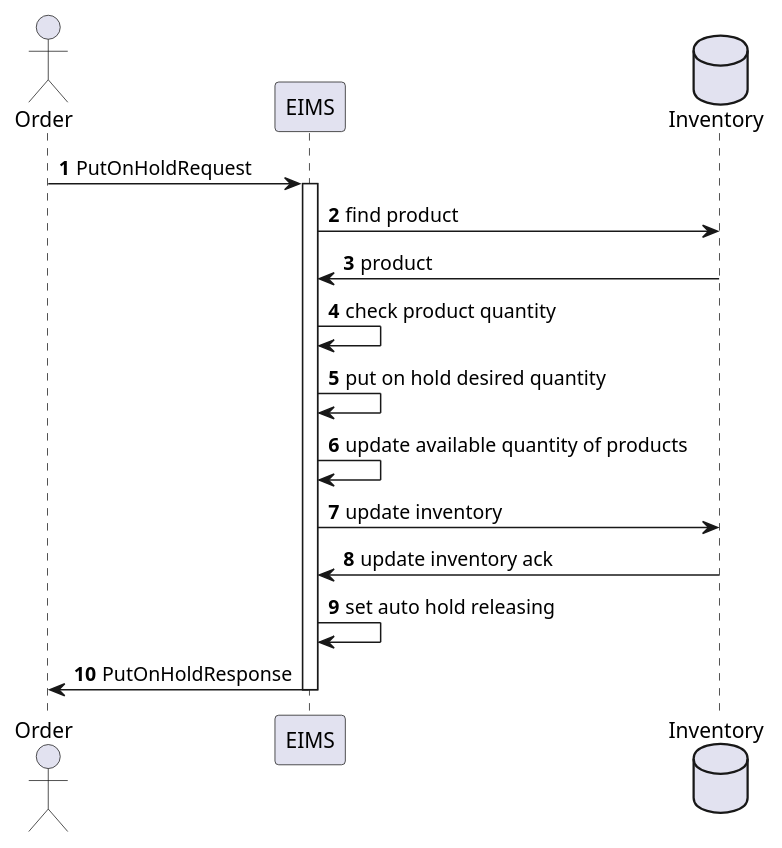
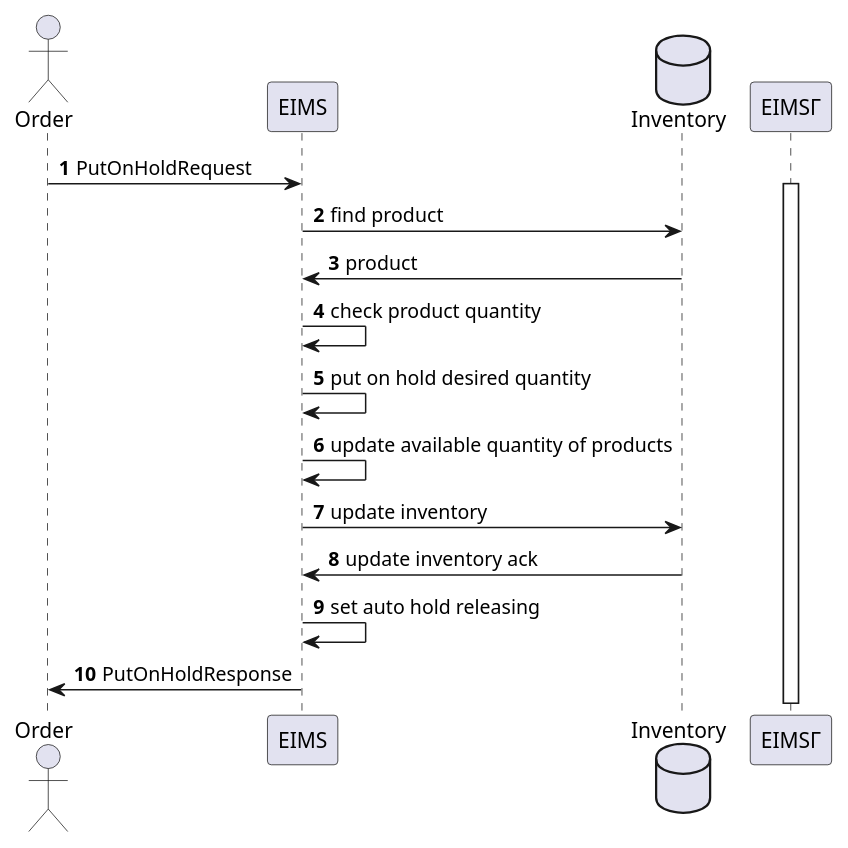
One commit to sokimaaa/ecommerce-platform changed the diagram in supplement/script/puml/put-on-hold-sequence.puml. Above: the diagram before and after it, drawn with PlantUML.

Commit message:
[TASK-27] seq diagram for put on hold

```diff
--- a/supplement/script/puml/put-on-hold-sequence.puml
+++ b/supplement/script/puml/put-on-hold-sequence.puml
@@ -1,31 +1,31 @@
 @startuml
 'https://plantuml.com/sequence-diagram
 
 actor Order as O
 participant EIMS
 database Inventory
 
 autonumber
 
 O -> EIMS: PutOnHoldRequest
-activate EIMS
+activate EIMSГ
 
 EIMS -> Inventory: find product
 EIMS <- Inventory: product
 
 EIMS -> EIMS: check product quantity
 
 EIMS -> EIMS: put on hold desired quantity
 
 EIMS -> EIMS: update available quantity of products
 
 EIMS -> Inventory: update inventory
 
 EIMS <- Inventory: update inventory ack
 
 EIMS -> EIMS: set auto hold releasing
 
 O <- EIMS: PutOnHoldResponse
 deactivate EIMS
 
 @enduml
```
